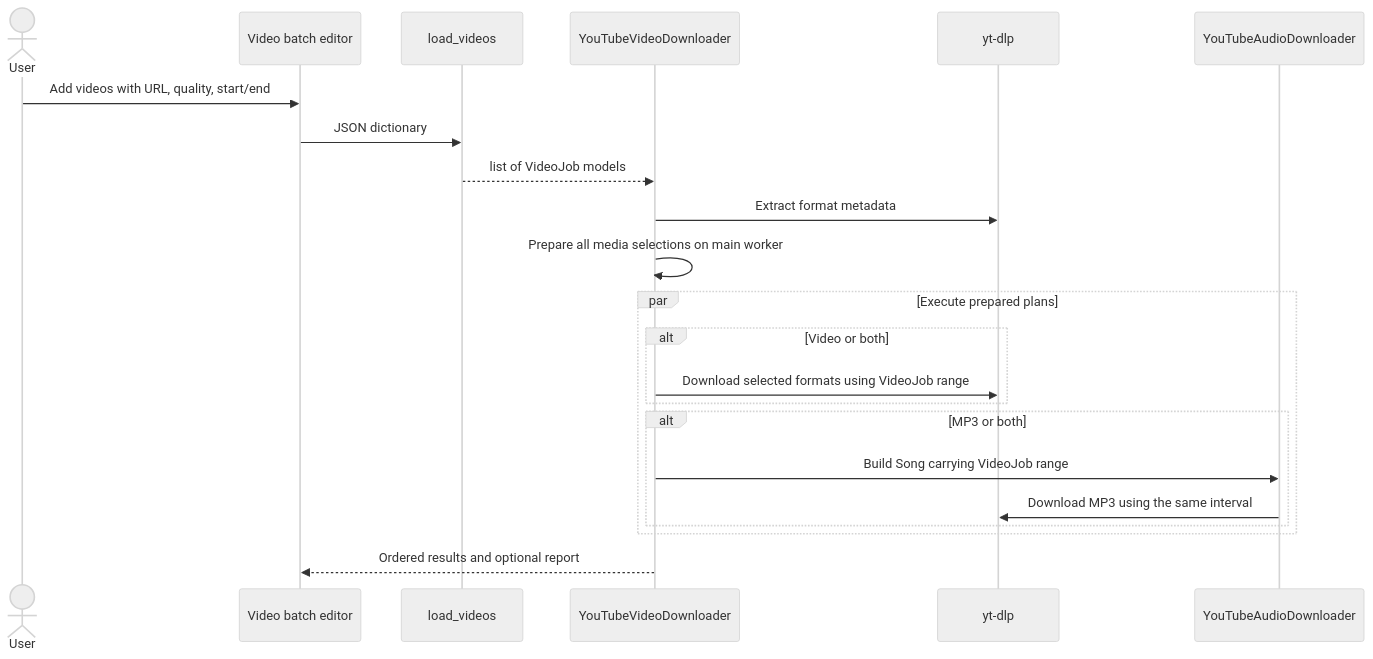
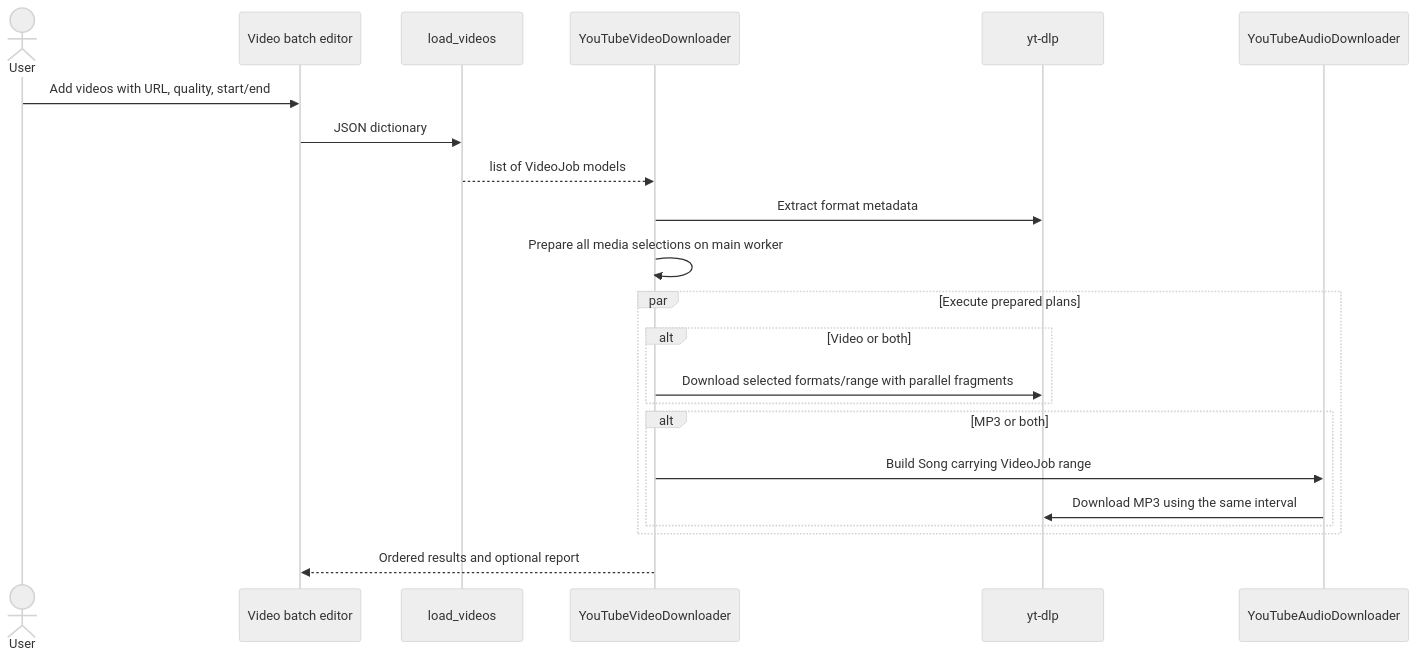
One commit to DhimanGhosh/YouTube_Media_Studio changed the third of 13 diagrams in docs/WORKFLOW_DESIGNS.md. Above: the diagram before and after it, drawn with Mermaid (neutral theme). The commit also changed other lines of this file and 44 other files, not shown here.

First line of the commit message:
feat: add parallel download telemetry and library deletion

````diff
--- a/docs/WORKFLOW_DESIGNS.md
+++ b/docs/WORKFLOW_DESIGNS.md
@@ -65,25 +68,25 @@
 ```mermaid
 sequenceDiagram
     actor User
     participant Editor as Video batch editor
     participant Loader as load_videos
     participant Video as YouTubeVideoDownloader
     participant YTDLP as yt-dlp
     participant Audio as YouTubeAudioDownloader
 
     User->>Editor: Add videos with URL, quality, start/end
     Editor->>Loader: JSON dictionary
     Loader-->>Video: list of VideoJob models
     Video->>YTDLP: Extract format metadata
     Video->>Video: Prepare all media selections on main worker
     par Execute prepared plans
         alt Video or both
-            Video->>YTDLP: Download selected formats using VideoJob range
+            Video->>YTDLP: Download selected formats/range with parallel fragments
         end
         alt MP3 or both
             Video->>Audio: Build Song carrying VideoJob range
             Audio->>YTDLP: Download MP3 using the same interval
         end
     end
     Video-->>Editor: Ordered results and optional report
 ```
````
